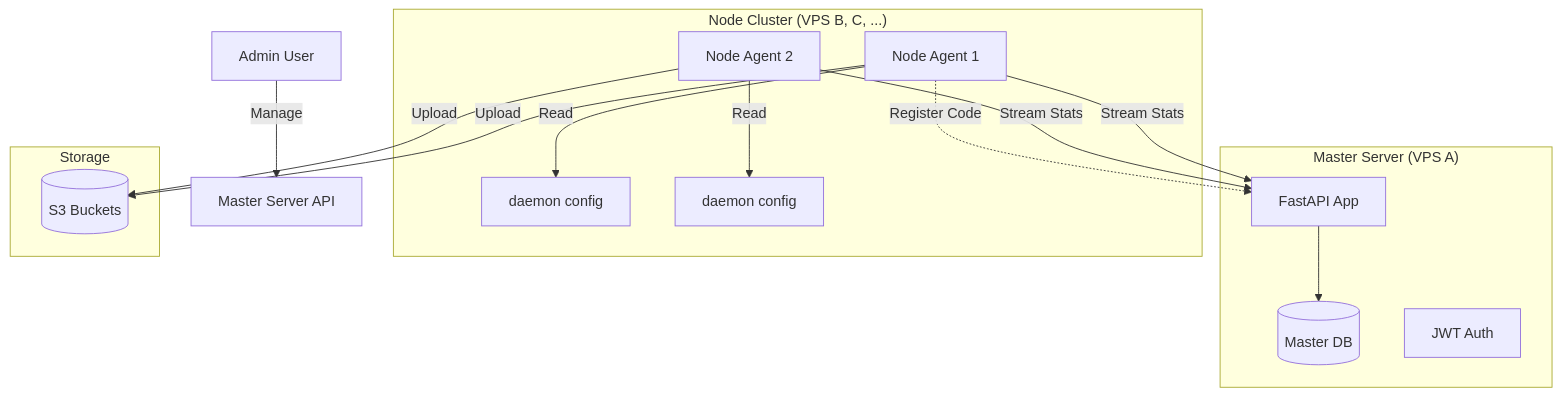
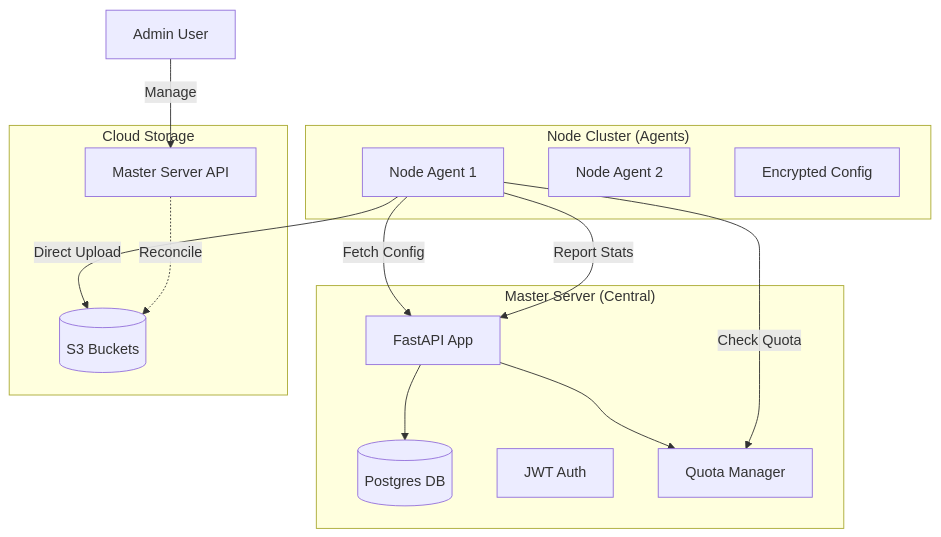
Before and after one commit to garikaib/zimpricecheck-backup: the diagram in docs/architecture.md, drawn with Mermaid. The commit also changed other lines of this file and 9 other files, not shown here.

First line of the commit message:
docs: Update all documentation to reflect current SaaS architecture

````diff
--- a/docs/architecture.md
+++ b/docs/architecture.md
@@ -5,32 +5,29 @@
 ```mermaid
 graph TD
     User[Admin User] -->|Manage| Master[Master Server API]
     
-    subgraph "Master Server (VPS A)"
+    subgraph "Master Server (Central)"
         API[FastAPI App]
-        DB[(Master DB)]
+        DB[(Postgres DB)]
         Auth[JWT Auth]
+        Quota[Quota Manager]
         API --> DB
+        API --> Quota
     end
     
-    subgraph "Node Cluster (VPS B, C, ...)"
+    subgraph "Node Cluster (Agents)"
         Node1[Node Agent 1]
         Node2[Node Agent 2]
-        Config1[daemon config]
-        Config2[daemon config]
+        Config1[Encrypted Config]
         
-        Node1 -->|Read| Config1
-        Node2 -->|Read| Config2
-        
-        Node1 -->|Stream Stats| API
-        Node2 -->|Stream Stats| API
-        
-        Node1 -.->|Register Code| API
+        Node1 -->|Fetch Config| API
+        Node1 -->|Check Quota| Quota
+        Node1 -->|Report Stats| API
     end
     
-    subgraph "Storage"
+    subgraph "Cloud Storage"
         S3[(S3 Buckets)]
-        Node1 -->|Upload| S3
-        Node2 -->|Upload| S3
+        Node1 -->|Direct Upload| S3
+        Master -.->|Reconcile| S3
     end
 ```
````
